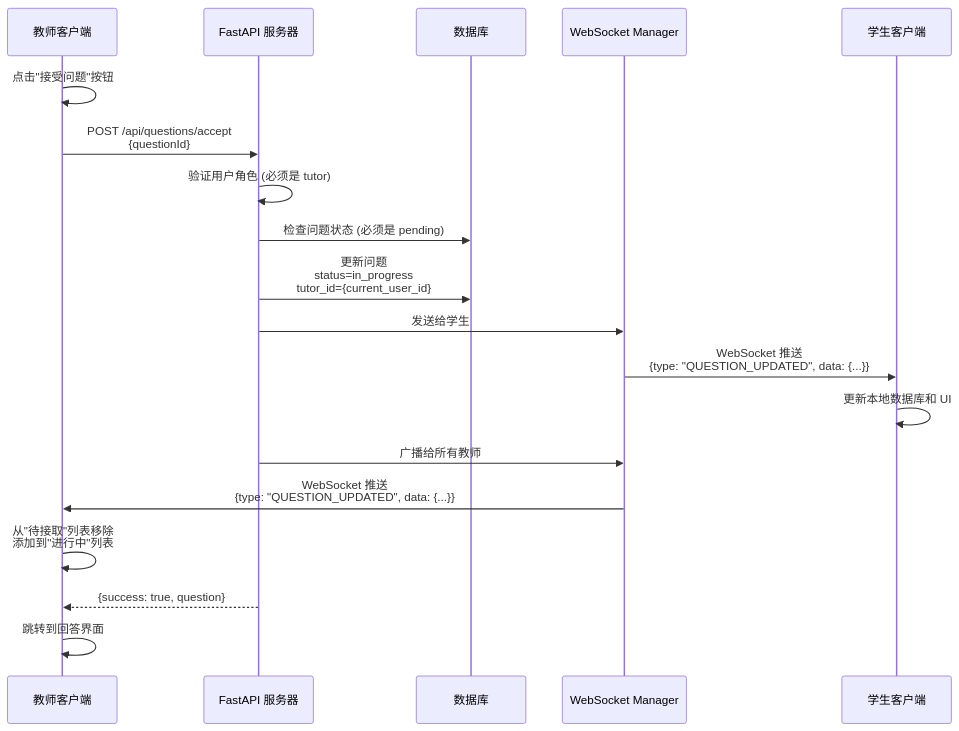
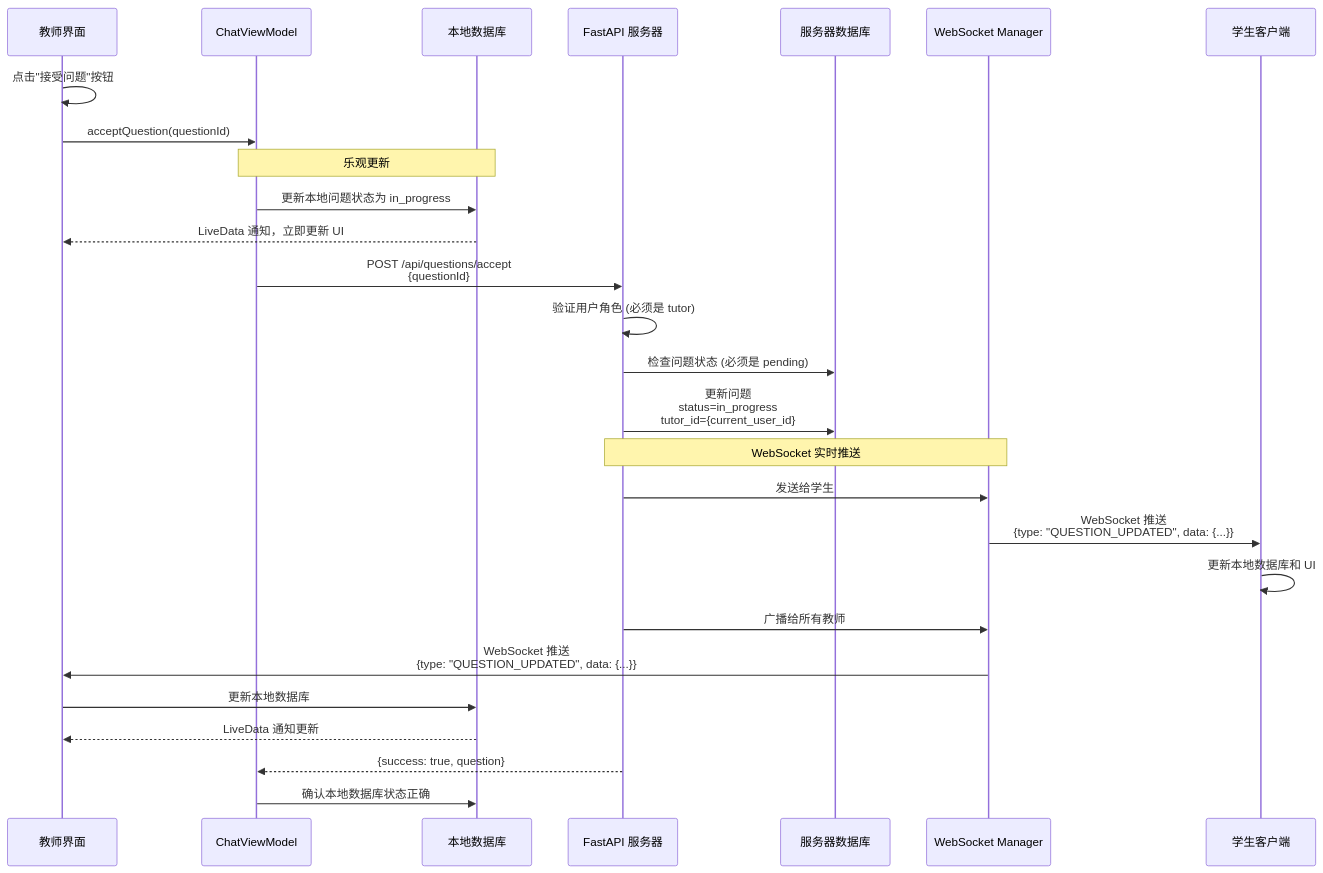
The fifth of 9 diagrams in docs/ARCHITECTURE.md (dowdah/realtime-qa-android), drawn with Mermaid before and after one commit. The commit also changed other lines of this file and 6 other files, not shown here.

````diff
--- a/docs/ARCHITECTURE.md
+++ b/docs/ARCHITECTURE.md
@@ -1041,25 +1089,35 @@
 ```mermaid
 sequenceDiagram
-    participant Tutor as 教师客户端
+    participant UI as 教师界面
+    participant VM as ChatViewModel
+    participant LocalDB as 本地数据库
     participant API as FastAPI 服务器
-    participant DB as 数据库
+    participant DB as 服务器数据库
     participant WS as WebSocket Manager
     participant Student as 学生客户端
     
-    Tutor->>Tutor: 点击"接受问题"按钮
-    Tutor->>API: POST /api/questions/accept<br/>{questionId}
+    UI->>UI: 点击"接受问题"按钮
+    UI->>VM: acceptQuestion(questionId)
+    
+    Note over VM,LocalDB: 乐观更新
+    VM->>LocalDB: 更新本地问题状态为 in_progress
+    LocalDB-->>UI: LiveData 通知，立即更新 UI
+    
+    VM->>API: POST /api/questions/accept<br/>{questionId}
     API->>API: 验证用户角色 (必须是 tutor)
     API->>DB: 检查问题状态 (必须是 pending)
     API->>DB: 更新问题<br/>status=in_progress<br/>tutor_id={current_user_id}
     
+    Note over API,WS: WebSocket 实时推送
     API->>WS: 发送给学生
     WS->>Student: WebSocket 推送<br/>{type: "QUESTION_UPDATED", data: {...}}
     Student->>Student: 更新本地数据库和 UI
     
     API->>WS: 广播给所有教师
-    WS->>Tutor: WebSocket 推送<br/>{type: "QUESTION_UPDATED", data: {...}}
-    Tutor->>Tutor: 从"待接取"列表移除<br/>添加到"进行中"列表
+    WS->>UI: WebSocket 推送<br/>{type: "QUESTION_UPDATED", data: {...}}
+    UI->>LocalDB: 更新本地数据库
+    LocalDB-->>UI: LiveData 通知更新
     
-    API-->>Tutor: {success: true, question}
-    Tutor->>Tutor: 跳转到回答界面
+    API-->>VM: {success: true, question}
+    VM->>LocalDB: 确认本地数据库状态正确
 ```
````
